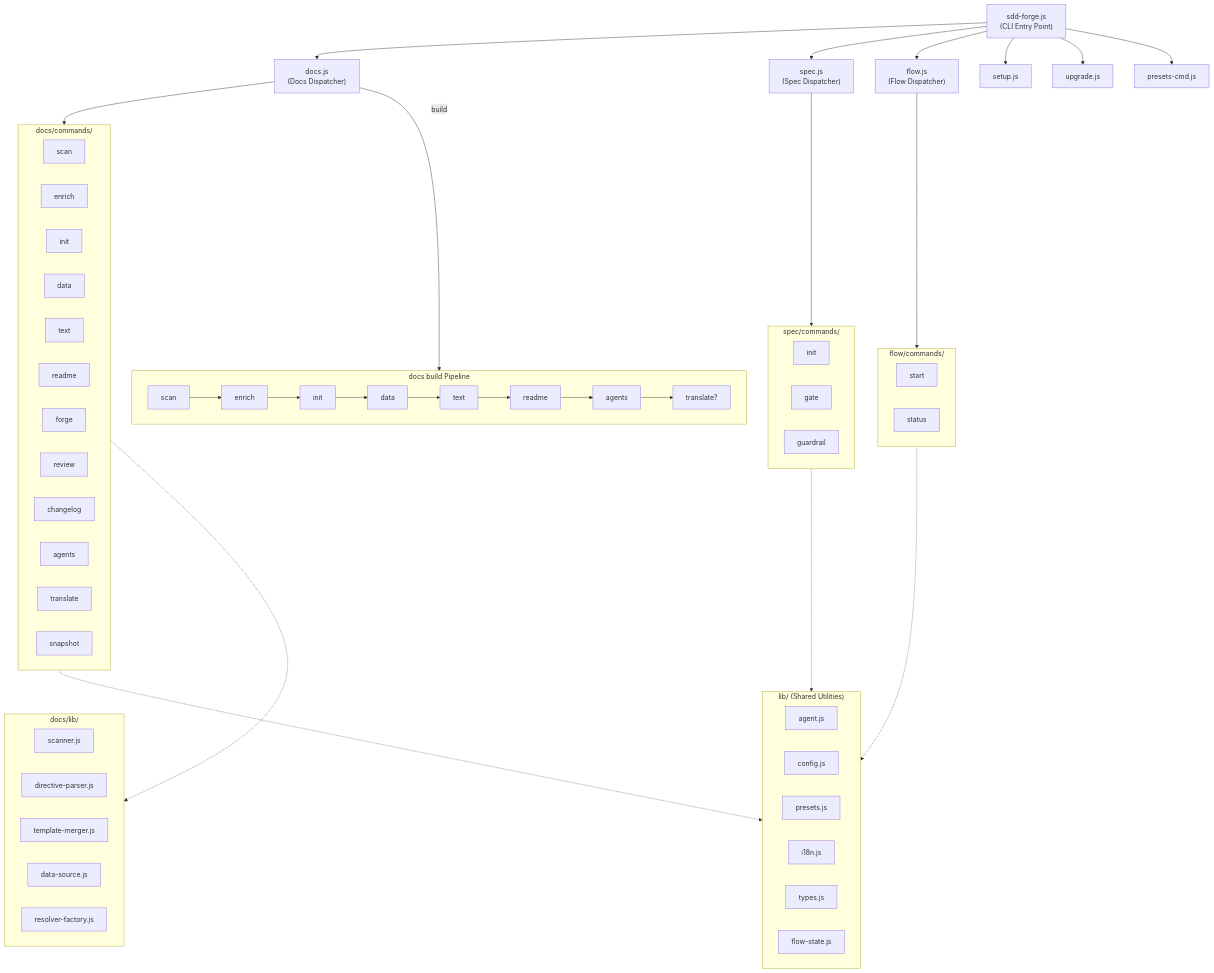
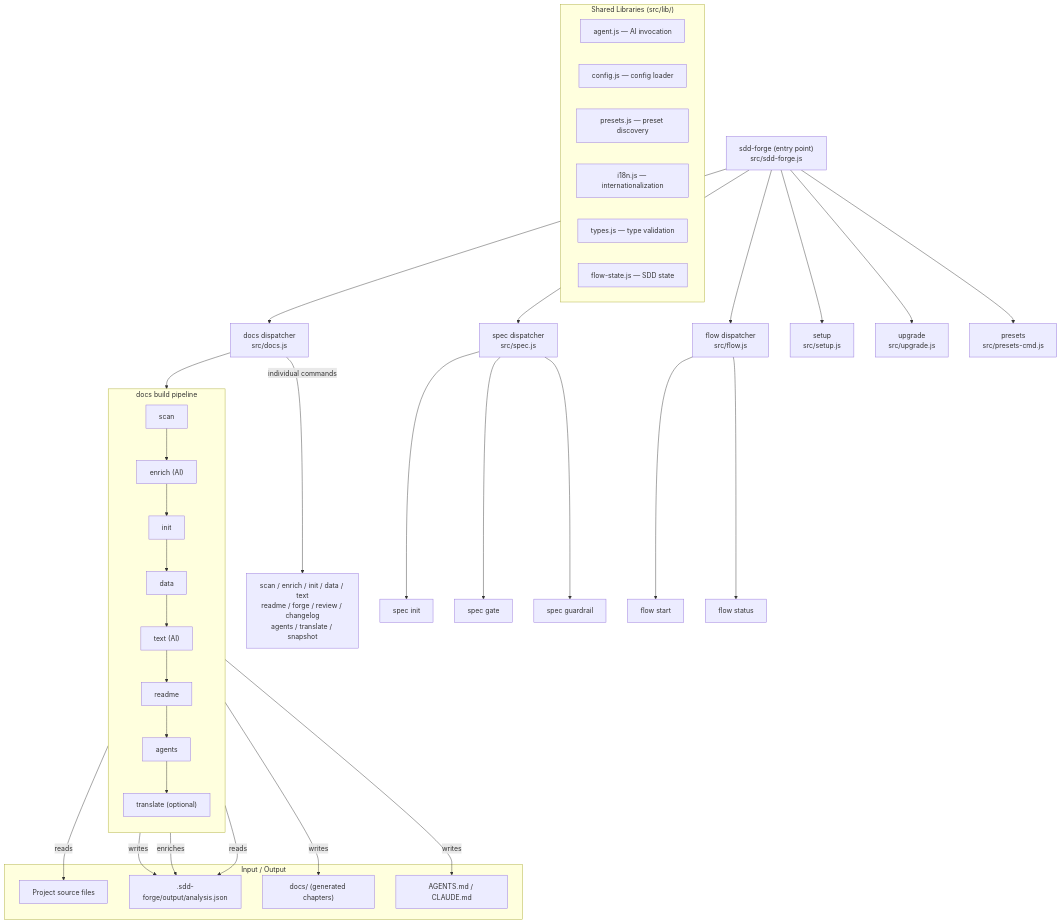
The diagram in docs/overview.md (SpreadWorks/sdd-forge), drawn with Mermaid before and after one commit. The commit also changed other lines of this file and 15 other files, not shown here.

````diff
--- a/docs/overview.md
+++ b/docs/overview.md
@@ -27,73 +36,55 @@
 ```mermaid
 flowchart TB
-    CLI["sdd-forge.js<br/>(CLI Entry Point)"]
+    CLI["sdd-forge (entry point)<br/>src/sdd-forge.js"]
 
-    CLI --> DOCS["docs.js<br/>(Docs Dispatcher)"]
-    CLI --> SPEC["spec.js<br/>(Spec Dispatcher)"]
-    CLI --> FLOW["flow.js<br/>(Flow Dispatcher)"]
-    CLI --> SETUP["setup.js"]
-    CLI --> UPGRADE["upgrade.js"]
-    CLI --> PRESETS["presets-cmd.js"]
+    CLI --> DOCS["docs dispatcher<br/>src/docs.js"]
+    CLI --> SPEC["spec dispatcher<br/>src/spec.js"]
+    CLI --> FLOW["flow dispatcher<br/>src/flow.js"]
+    CLI --> SETUP["setup<br/>src/setup.js"]
+    CLI --> UPGRADE["upgrade<br/>src/upgrade.js"]
+    CLI --> PRESETS["presets<br/>src/presets-cmd.js"]
 
-    subgraph DocsCommands ["docs/commands/"]
-        SCAN["scan"]
-        ENRICH["enrich"]
-        INIT["init"]
-        DATA["data"]
-        TEXT["text"]
-        README["readme"]
-        FORGE["forge"]
-        REVIEW["review"]
-        CHANGELOG["changelog"]
-        AGENTS["agents"]
-        TRANSLATE["translate"]
-        SNAPSHOT["snapshot"]
+    subgraph "docs build pipeline"
+        direction TB
+        SCAN["scan"] --> ENRICH["enrich (AI)"]
+        ENRICH --> INIT["init"]
+        INIT --> DATA["data"]
+        DATA --> TEXT["text (AI)"]
+        TEXT --> README["readme"]
+        README --> AGENTS["agents"]
+        AGENTS --> TRANSLATE["translate (optional)"]
     end
 
-    DOCS --> DocsCommands
+    DOCS --> SCAN
+    DOCS --> |"individual commands"| INDIVIDUAL["scan / enrich / init / data / text<br/>readme / forge / review / changelog<br/>agents / translate / snapshot"]
 
-    subgraph SpecCommands ["spec/commands/"]
-        SPEC_INIT["init"]
-        GATE["gate"]
-        GUARDRAIL["guardrail"]
+    SPEC --> SPEC_INIT["spec init"]
+    SPEC --> SPEC_GATE["spec gate"]
+    SPEC --> SPEC_GUARD["spec guardrail"]
+
+    FLOW --> FLOW_START["flow start"]
+    FLOW --> FLOW_STATUS["flow status"]
+
+    subgraph "Shared Libraries (src/lib/)"
+        AGENT_LIB["agent.js — AI invocation"]
+        CONFIG["config.js — config loader"]
+        PRESETS_LIB["presets.js — preset discovery"]
+        I18N["i18n.js — internationalization"]
+        TYPES["types.js — type validation"]
+        FLOWSTATE["flow-state.js — SDD state"]
     end
 
-    SPEC --> SpecCommands
-
-    subgraph FlowCommands ["flow/commands/"]
-        FLOW_START["start"]
-        FLOW_STATUS["status"]
+    subgraph "Input / Output"
+        SOURCE["Project source files"]
+        ANALYSIS[".sdd-forge/output/analysis.json"]
+        DOCSOUT["docs/ (generated chapters)"]
+        AGENTSMD["AGENTS.md / CLAUDE.md"]
     end
 
-    FLOW --> FlowCommands
-
-    subgraph BuildPipeline ["docs build Pipeline"]
-        direction LR
-        B_SCAN["scan"] --> B_ENRICH["enrich"] --> B_INIT["init"] --> B_DATA["data"] --> B_TEXT["text"] --> B_README["readme"] --> B_AGENTS["agents"] --> B_TRANSLATE["translate?"]
-    end
-
-    DOCS -->|"build"| BuildPipeline
-
-    subgraph SharedLibs ["lib/ (Shared Utilities)"]
-        AGENT["agent.js"]
-        CONFIG["config.js"]
-        PRESETS_LIB["presets.js"]
-        I18N["i18n.js"]
-        TYPES["types.js"]
-        FLOW_STATE["flow-state.js"]
-    end
-
-    DocsCommands -.-> SharedLibs
-    SpecCommands -.-> SharedLibs
-    FlowCommands -.-> SharedLibs
-
-    subgraph DocsLib ["docs/lib/"]
-        SCANNER["scanner.js"]
-        DIRECTIVE["directive-parser.js"]
-        MERGER["template-merger.js"]
-        DATASOURCE["data-source.js"]
-        RESOLVER["resolver-factory.js"]
-    end
-
-    DocsCommands -.-> DocsLib
+    SCAN --> |reads| SOURCE
+    SCAN --> |writes| ANALYSIS
+    ENRICH --> |enriches| ANALYSIS
+    DATA --> |reads| ANALYSIS
+    TEXT --> |writes| DOCSOUT
+    AGENTS --> |writes| AGENTSMD
 ```
````
